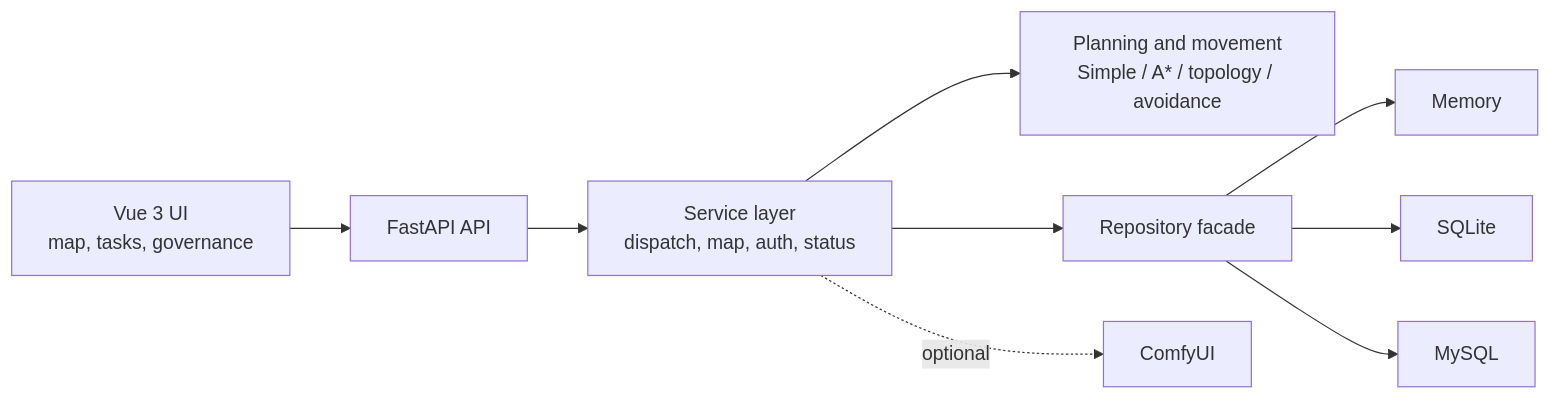
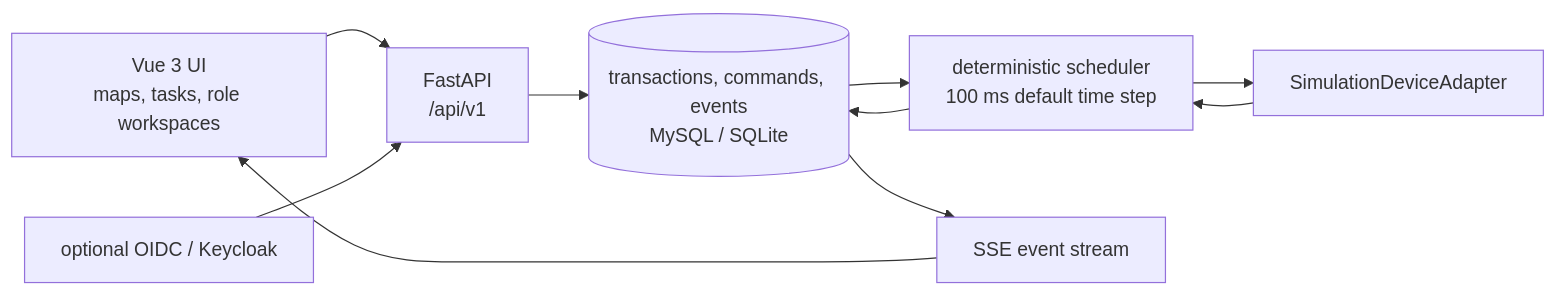
The diagram in README.en.md (Novince404/AGV), drawn with Mermaid before and after one commit. The commit also changed other lines of this file and 462 other files, not shown here.

````diff
--- a/README.en.md
+++ b/README.en.md
@@ -37,11 +39,12 @@
 ```mermaid
 flowchart LR
-    UI["Vue 3 UI<br/>map, tasks, governance"] --> API["FastAPI API"]
-    API --> SVC["Service layer<br/>dispatch, map, auth, status"]
-    SVC --> PLAN["Planning and movement<br/>Simple / A* / topology / avoidance"]
-    SVC --> REPO["Repository facade"]
-    REPO --> MEM["Memory"]
-    REPO --> SQLITE["SQLite"]
-    REPO --> MYSQL["MySQL"]
-    SVC -. optional .-> COMFY["ComfyUI"]
+    UI["Vue 3 UI<br/>maps, tasks, role workspaces"] --> API["FastAPI<br/>/api/v1"]
+    API --> DB[("transactions, commands, events<br/>MySQL / SQLite")]
+    DB --> SCH["deterministic scheduler<br/>100 ms default time step"]
+    SCH --> ADAPTER["SimulationDeviceAdapter"]
+    ADAPTER --> SCH
+    SCH --> DB
+    DB --> SSE["SSE event stream"]
+    SSE --> UI
+    OIDC["optional OIDC / Keycloak"] --> API
 ```
````
